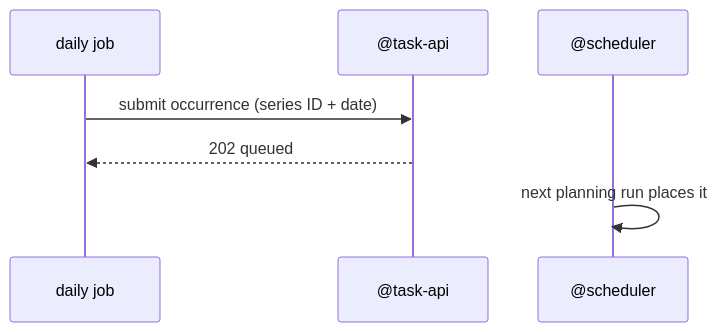
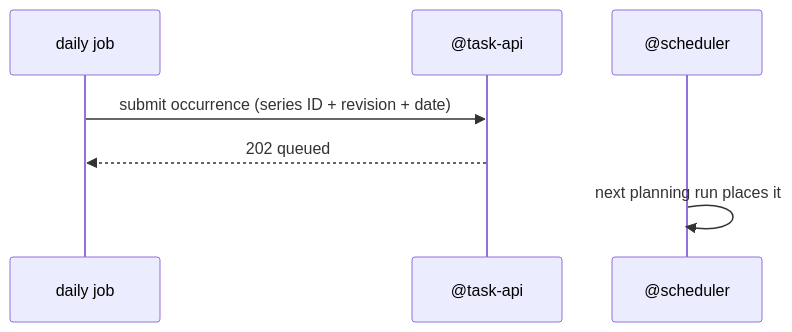
One commit to atomek88/anaxi changed the diagram in example/features/recurring-tasks.md. Above: the diagram before and after it, drawn with Mermaid. The commit also changed other lines of this file and 6 other files, not shown here.

````diff
--- a/example/features/recurring-tasks.md
+++ b/example/features/recurring-tasks.md
@@ -69,9 +72,9 @@
 ```mermaid
 sequenceDiagram
   participant J as daily job
   participant A as @task-api
   participant S as @scheduler
-  J->>A: submit occurrence (series ID + date)
+  J->>A: submit occurrence (series ID + revision + date)
   A-->>J: 202 queued
   S->>S: next planning run places it
 ```
````
